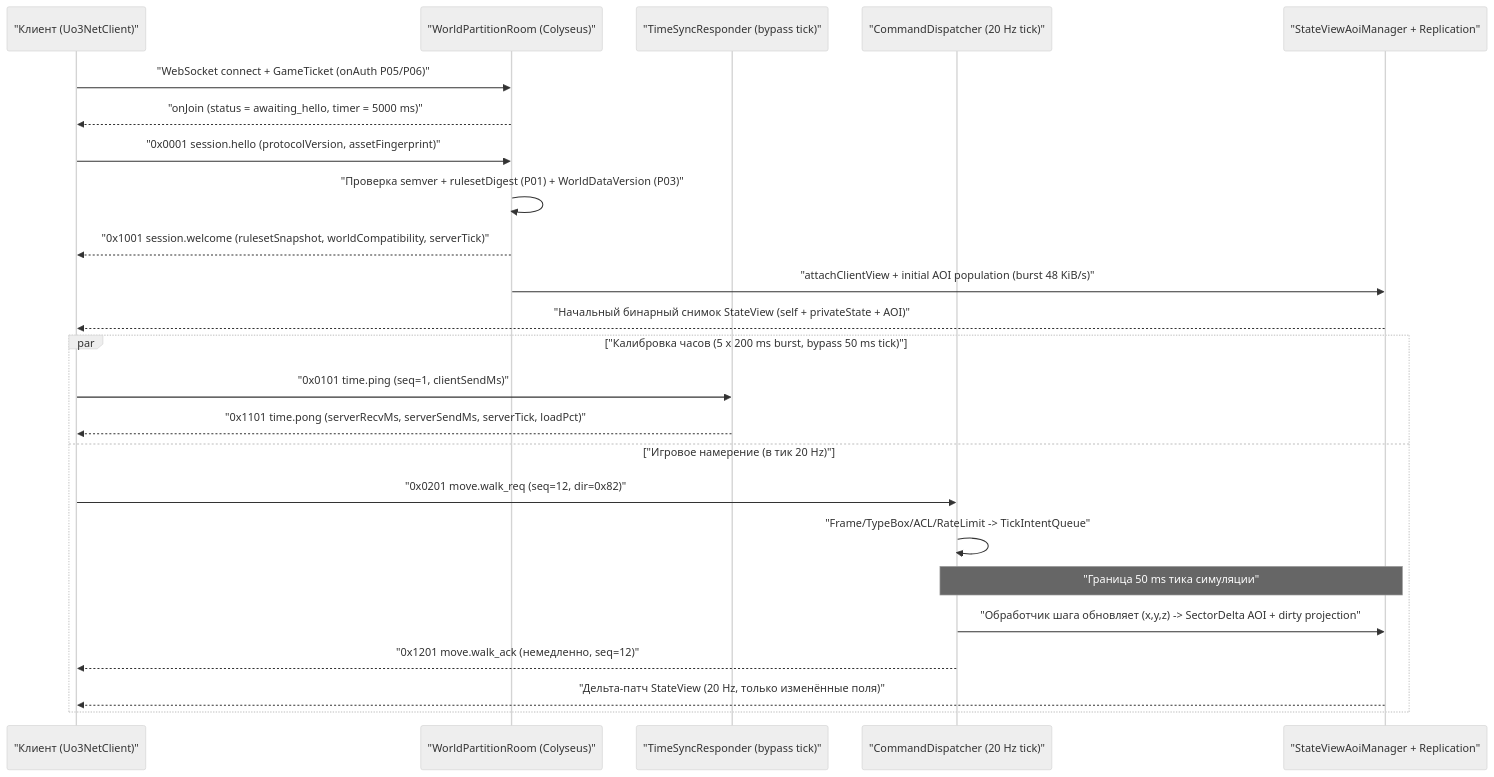
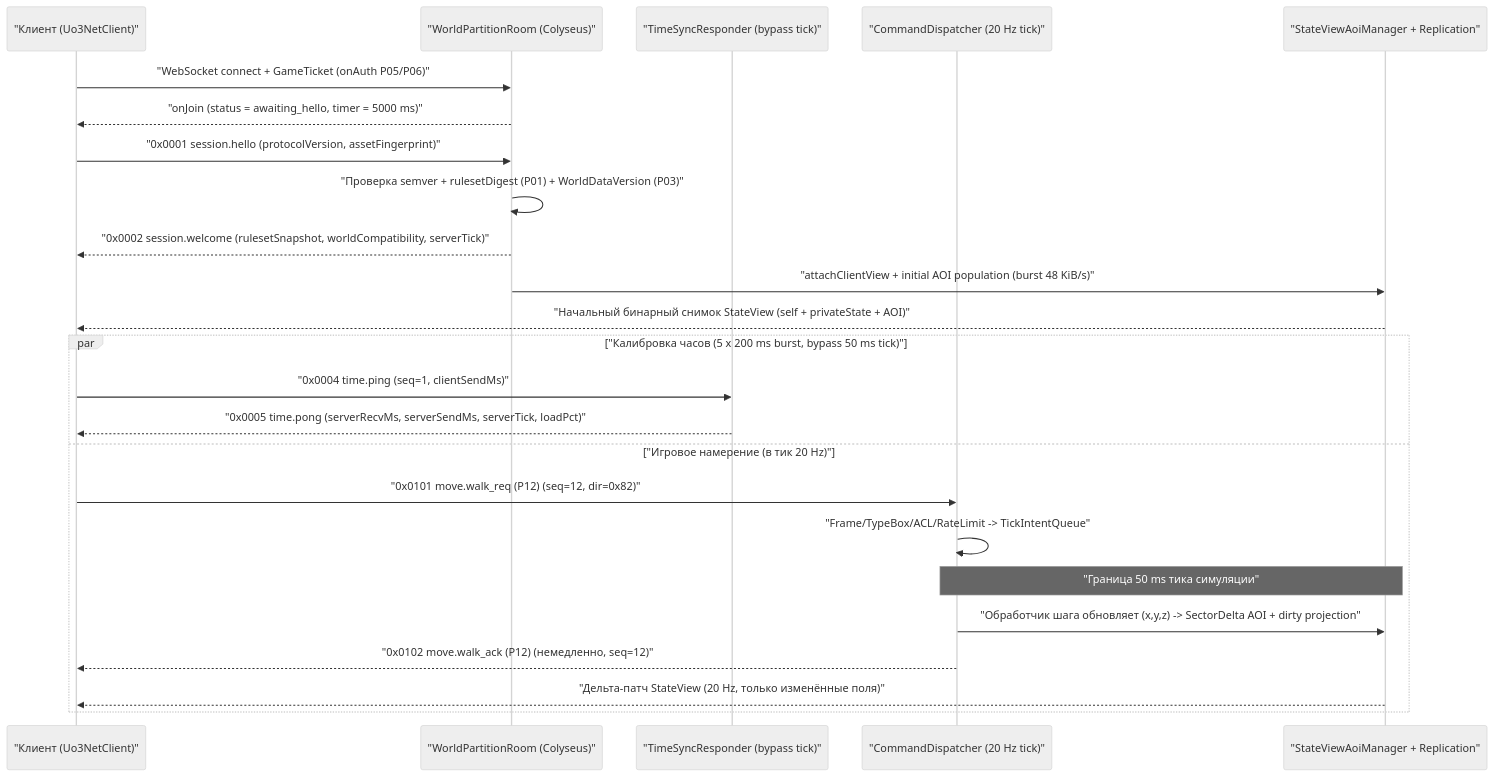
Before and after one commit to SergioAndreev/uo3: the first of 3 diagrams in openspec/changes/p07-netcode-and-replication/design.md, drawn with Mermaid (neutral theme). The commit also changed other lines of this file and 188 other files, not shown here.

````diff
--- a/openspec/changes/p07-netcode-and-replication/design.md
+++ b/openspec/changes/p07-netcode-and-replication/design.md
@@ -395,28 +387,28 @@
 ```mermaid
 sequenceDiagram
   participant C as "Клиент (Uo3NetClient)"
   participant W as "WorldPartitionRoom (Colyseus)"
   participant T as "TimeSyncResponder (bypass tick)"
   participant D as "CommandDispatcher (20 Hz tick)"
   participant A as "StateViewAoiManager + Replication"
 
   C->>W: "WebSocket connect + GameTicket (onAuth P05/P06)"
   W-->>C: "onJoin (status = awaiting_hello, timer = 5000 ms)"
   C->>W: "0x0001 session.hello (protocolVersion, assetFingerprint)"
   W->>W: "Проверка semver + rulesetDigest (P01) + WorldDataVersion (P03)"
-  W-->>C: "0x1001 session.welcome (rulesetSnapshot, worldCompatibility, serverTick)"
+  W-->>C: "0x0002 session.welcome (rulesetSnapshot, worldCompatibility, serverTick)"
   W->>A: "attachClientView + initial AOI population (burst 48 KiB/s)"
   A-->>C: "Начальный бинарный снимок StateView (self + privateState + AOI)"
 
   par "Калибровка часов (5 x 200 ms burst, bypass 50 ms tick)"
-    C->>T: "0x0101 time.ping (seq=1, clientSendMs)"
-    T-->>C: "0x1101 time.pong (serverRecvMs, serverSendMs, serverTick, loadPct)"
+    C->>T: "0x0004 time.ping (seq=1, clientSendMs)"
+    T-->>C: "0x0005 time.pong (serverRecvMs, serverSendMs, serverTick, loadPct)"
   and "Игровое намерение (в тик 20 Hz)"
-    C->>D: "0x0201 move.walk_req (seq=12, dir=0x82)"
+    C->>D: "0x0101 move.walk_req (P12) (seq=12, dir=0x82)"
     D->>D: "Frame/TypeBox/ACL/RateLimit -> TickIntentQueue"
     Note over D,A: "Граница 50 ms тика симуляции"
     D->>A: "Обработчик шага обновляет (x,y,z) -> SectorDelta AOI + dirty projection"
-    D-->>C: "0x1201 move.walk_ack (немедленно, seq=12)"
+    D-->>C: "0x0102 move.walk_ack (P12) (немедленно, seq=12)"
     A-->>C: "Дельта-патч StateView (20 Hz, только изменённые поля)"
   end
 ```
````
